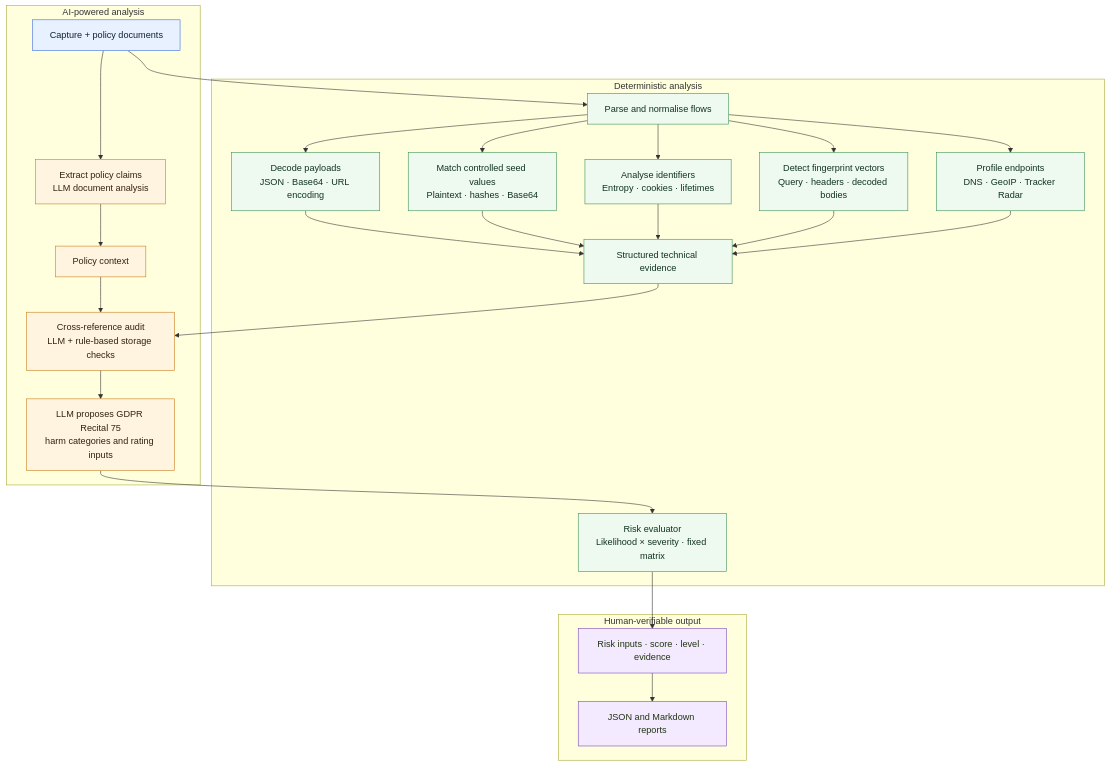
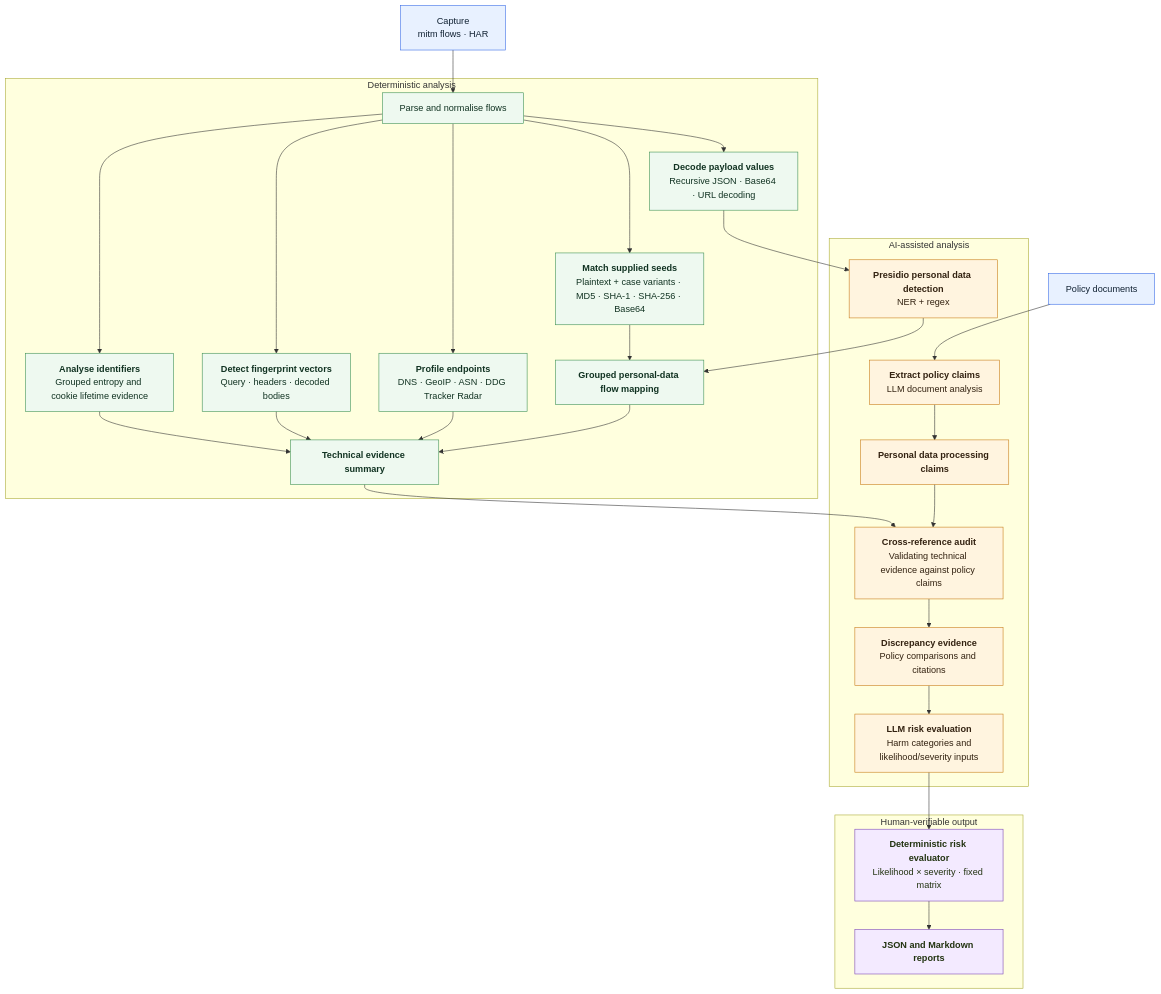
The diagram in README.md (RillJ/data-flow-analyser), drawn with Mermaid before and after one commit. The commit also changed other lines of this file and 11 other files, not shown here.

Commit message:
Presidio (NER+regex) personal data candidate detection

````diff
--- a/README.md
+++ b/README.md
@@ -253,45 +310,46 @@
 ```mermaid
 flowchart TD
-    A["Capture + policy documents"] --> B["Parse and normalise flows"]
+    A["Capture\nmitm flows · HAR"] --> B["Parse and normalise flows"]
+    R["Policy documents"]
 
     subgraph DET["Deterministic analysis"]
-        B --> C["Decode payloads\nJSON · Base64 · URL encoding"]
-        B --> D["Match controlled seed values\nPlaintext · hashes · Base64"]
-        B --> E["Analyse identifiers\nEntropy · cookies · lifetimes"]
-        B --> F["Detect fingerprint vectors\nQuery · headers · decoded bodies"]
-        B --> G["Profile endpoints\nDNS · GeoIP · Tracker Radar"]
-        C --> I["Structured technical evidence"]
-        D --> I
-        E --> I
-        F --> I
-        G --> I
-        M["Risk evaluator\nLikelihood × severity · fixed matrix"]
+        B --> C["<b>Decode payload values</b>\nRecursive JSON · Base64 · URL decoding"]
+        B --> D["<b>Match supplied seeds</b>\nPlaintext + case variants · MD5 · SHA-1 · SHA-256 · Base64"]
+        B --> F["<b>Analyse identifiers</b>\nGrouped entropy and cookie lifetime evidence"]
+        B --> G["<b>Detect fingerprint vectors</b>\nQuery · headers · decoded bodies"]
+        B --> H["<b>Profile endpoints</b>\nDNS · GeoIP · ASN · DDG Tracker Radar"]
+        D --> I["<b>Grouped personal-data flow mapping</b>"]
+        F --> J["<b>Technical evidence summary</b>"]
+        G --> J
+        H --> J
+        I --> J
     end
 
-    subgraph AI["AI-powered analysis"]
-        A --> H["Extract policy claims\nLLM document analysis"]
-        H --> J["Policy context"]
-        I --> K["Cross-reference audit\nLLM + rule-based storage checks"]
-        J --> K
-        K --> L["LLM proposes GDPR Recital 75\nharm categories and rating inputs"]
+    subgraph AI["AI-assisted analysis"]
+        C --> E["<b>Presidio personal data detection</b>\nNER + regex"]
+        E --> I
+        K["<b>Extract policy claims</b>\nLLM document analysis"]
+        K --> L["<b>Personal data processing claims</b>"]
+        J --> M["<b>Cross-reference audit</b>\nValidating technical evidence against policy claims"]
+        L --> M
+        M --> N["<b>Discrepancy evidence</b>\nPolicy comparisons and citations"]
+        N --> O["<b>LLM risk evaluation</b>\n Harm categories and likelihood/severity inputs"]
     end
 
+    R --> K
+
     subgraph OUT["Human-verifiable output"]
-        N["Risk inputs · score · level · evidence"]
-        O["JSON and Markdown reports"]
+        O --> P["<b>Deterministic risk evaluator</b>\nLikelihood × severity · fixed matrix"]
+        P --> Q["<b>JSON and Markdown reports</b>"]
     end
-
-    L --> M
-    M --> N
-    N --> O
 
     classDef input fill:#e8f1ff,stroke:#356ae6,color:#123;
     classDef analysis fill:#eef9f0,stroke:#3b8f52,color:#132;
     classDef model fill:#fff4df,stroke:#c77b16,color:#321;
     classDef output fill:#f3eaff,stroke:#7a45b5,color:#231;
 
-    class A input;
-    class B,C,D,E,F,G,I,M analysis;
-    class H,J,K,L model;
-    class N,O output;
+    class A,R input;
+    class B,C,D,F,G,H,I,J analysis;
+    class E,K,L,M,N,O model;
+    class P,Q output;
 ```
````
